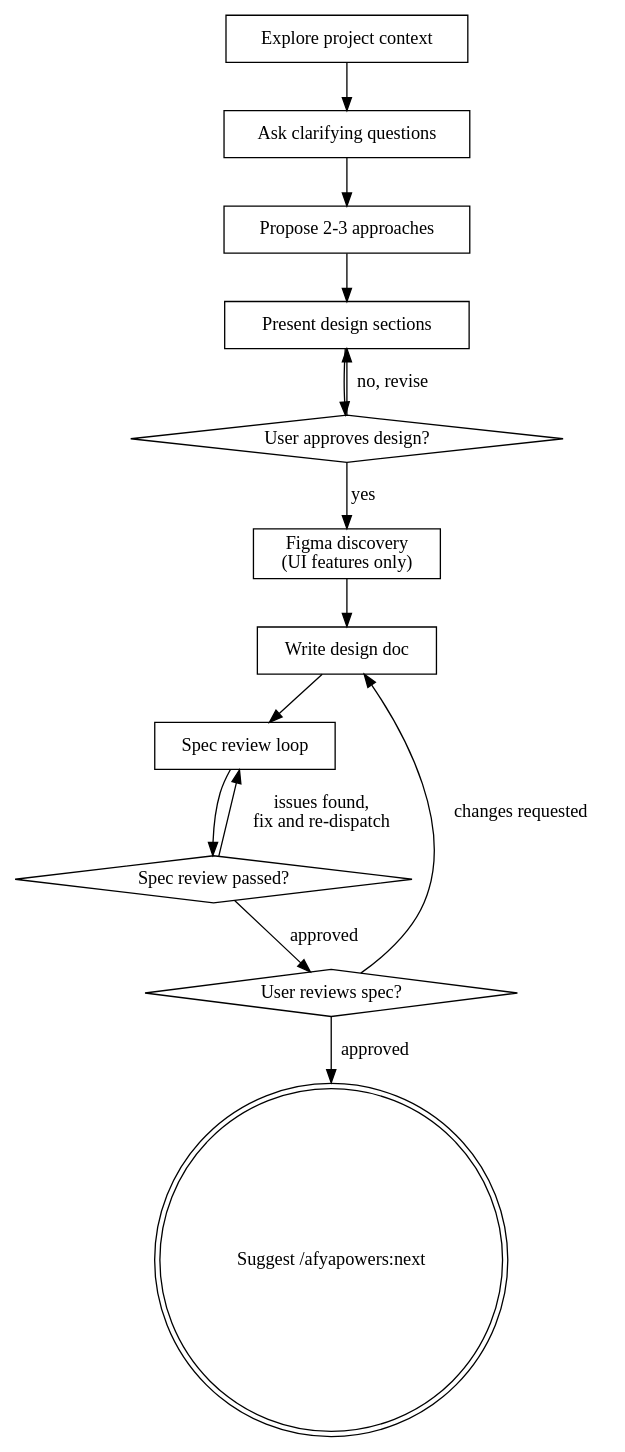
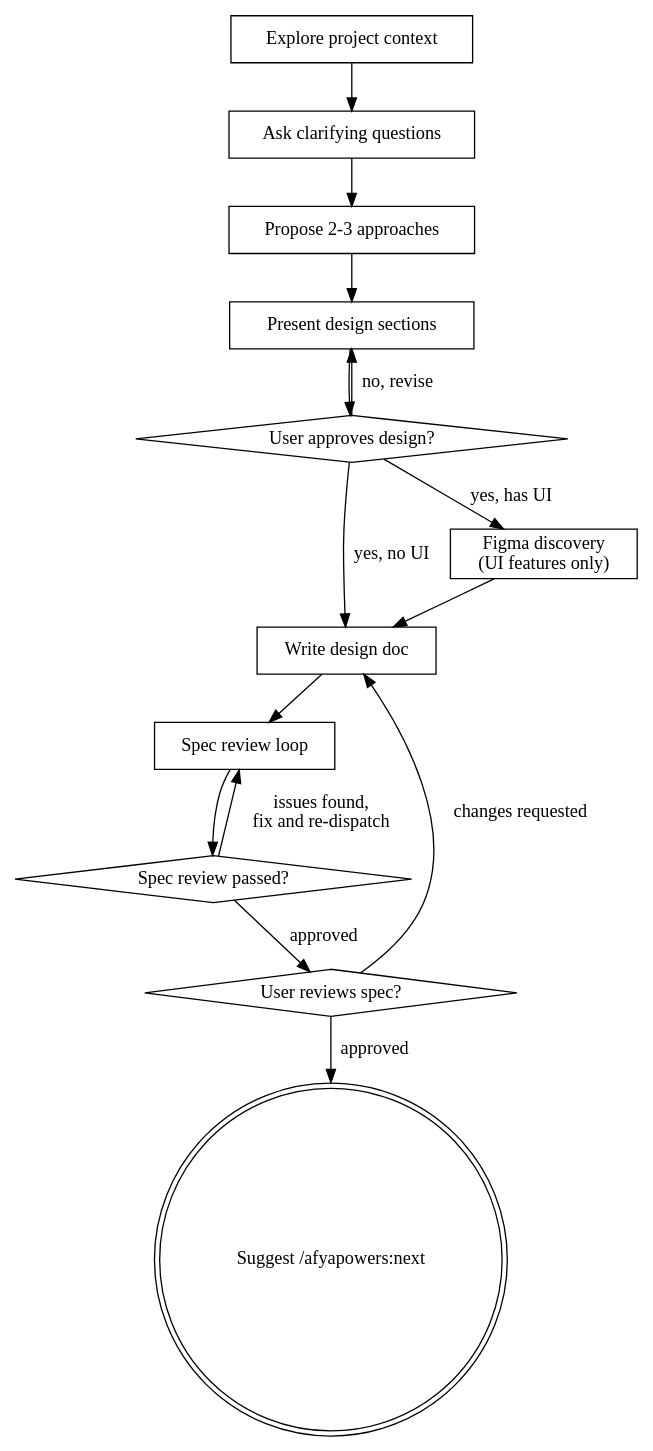
One commit to iclinic/afyapowers changed the diagram in skills/design/SKILL.md. Above: the diagram before and after it, drawn with Graphviz. The commit also changed other lines of this file and 1 other file, not shown here.

Commit message:
fix: clarify Figma discovery timing and add non-UI bypass in digraph
- Discovery skill outputs references instead of writing to non-existent
  spec file; design skill includes them when writing the spec
- Added bypass edge in design flow digraph for non-UI features

````diff
--- a/skills/design/SKILL.md
+++ b/skills/design/SKILL.md
@@ -41,30 +41,31 @@
 ```dot
 digraph design {
     "Explore project context" [shape=box];
     "Ask clarifying questions" [shape=box];
     "Propose 2-3 approaches" [shape=box];
     "Present design sections" [shape=box];
     "User approves design?" [shape=diamond];
     "Write design doc" [shape=box];
     "Spec review loop" [shape=box];
     "Spec review passed?" [shape=diamond];
     "User reviews spec?" [shape=diamond];
     "Suggest /afyapowers:next" [shape=doublecircle];
 
     "Explore project context" -> "Ask clarifying questions";
     "Ask clarifying questions" -> "Propose 2-3 approaches";
     "Propose 2-3 approaches" -> "Present design sections";
     "Present design sections" -> "User approves design?";
     "User approves design?" -> "Present design sections" [label="no, revise"];
     "Figma discovery\n(UI features only)" [shape=box];
 
-    "User approves design?" -> "Figma discovery\n(UI features only)" [label="yes"];
+    "User approves design?" -> "Figma discovery\n(UI features only)" [label="yes, has UI"];
+    "User approves design?" -> "Write design doc" [label="yes, no UI"];
     "Figma discovery\n(UI features only)" -> "Write design doc";
     "Write design doc" -> "Spec review loop";
     "Spec review loop" -> "Spec review passed?";
     "Spec review passed?" -> "Spec review loop" [label="issues found,\nfix and re-dispatch"];
     "Spec review passed?" -> "User reviews spec?" [label="approved"];
     "User reviews spec?" -> "Write design doc" [label="changes requested"];
     "User reviews spec?" -> "Suggest /afyapowers:next" [label="approved"];
 }
 ```
````
